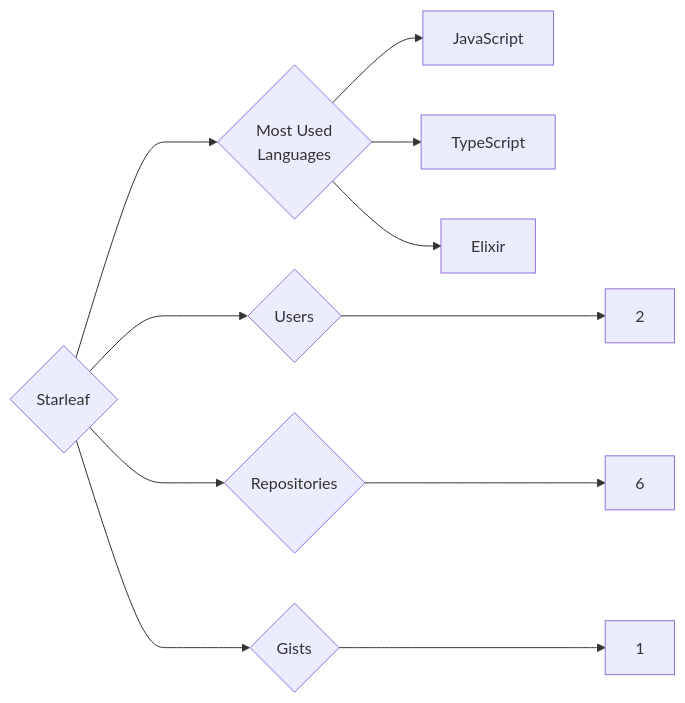
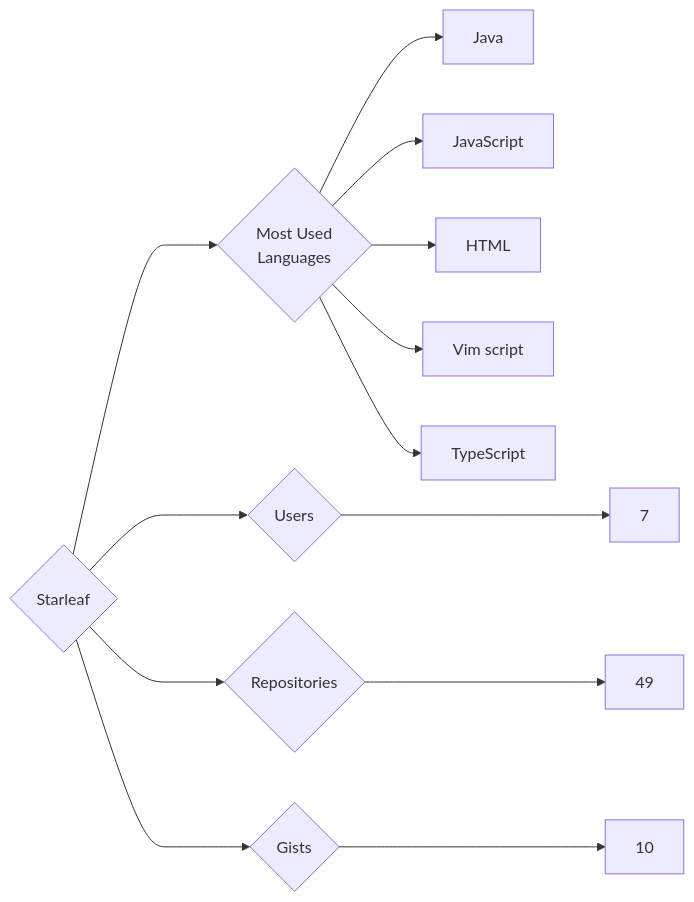
The diagram in targets/Starleaf/README.md (trickest/insiders), drawn with Mermaid before and after one commit. The commit also changed 939 other files, not shown here.

````diff
--- a/targets/Starleaf/README.md
+++ b/targets/Starleaf/README.md
@@ -3,11 +3,13 @@
 ```mermaid
 graph LR
 COMPANY_NAME{Starleaf}
-COMPANY_NAME ---> U{Users} ---> UN[2]
-COMPANY_NAME ---> R{Repositories} ---> RN[6]
-COMPANY_NAME ---> G{Gists} ---> GN[1]
+COMPANY_NAME ---> U{Users} ---> UN[7]
+COMPANY_NAME ---> R{Repositories} ---> RN[49]
+COMPANY_NAME ---> G{Gists} ---> GN[10]
 COMPANY_NAME ---> ML{Most Used<br>Languages}
+ML --> Java[Java]
 ML --> JavaScript[JavaScript]
+ML --> HTML[HTML]
+ML --> Vim_script[Vim script]
 ML --> TypeScript[TypeScript]
-ML --> Elixir[Elixir]
 ```
````
